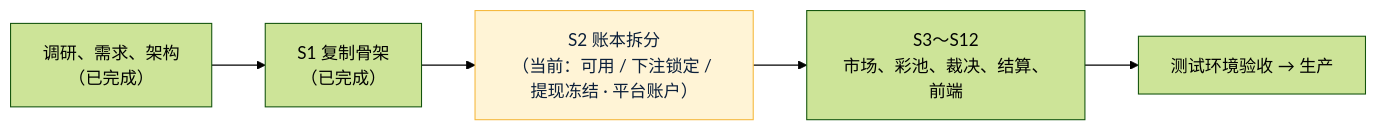
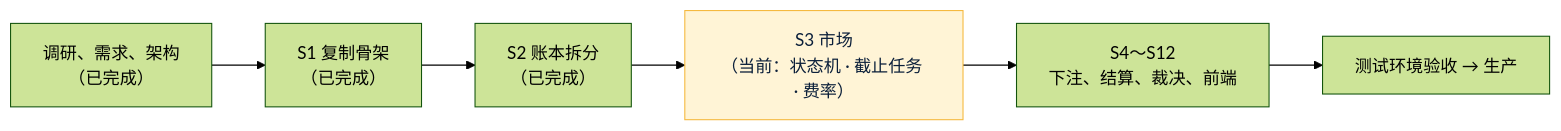
The diagram in 项目地图.md (dollar3651314/forecast), drawn with Mermaid (forest theme) before and after one commit. The commit also changed other lines of this file and 62 other files, not shown here.

First line of the commit message:
S3 市场：市场和选项、状态机 17 条边、上架检查、补充说明、提前截止、费率修改、截止任务、租约

````diff
--- a/项目地图.md
+++ b/项目地图.md
@@ -11,5 +11,5 @@
 ```mermaid
 flowchart LR
-    R["调研、需求、架构<br/>（已完成）"] --> S1["S1 复制骨架<br/>（已完成）"] --> S2["S2 账本拆分<br/>（当前：可用 / 下注锁定 / 提现冻结 · 平台账户）"]:::now --> S3["S3～S12<br/>市场、彩池、裁决、结算、前端"] --> T["测试环境验收 → 生产"]
+    R["调研、需求、架构<br/>（已完成）"] --> S1["S1 复制骨架<br/>（已完成）"] --> S2["S2 账本拆分<br/>（已完成）"] --> S3["S3 市场<br/>（当前：状态机 · 截止任务 · 费率）"]:::now --> S4["S4～S12<br/>下注、结算、裁决、前端"] --> T["测试环境验收 → 生产"]
     classDef now fill:#FFF4D6,stroke:#F5B83D,color:#0B1F3A
 ```
````
